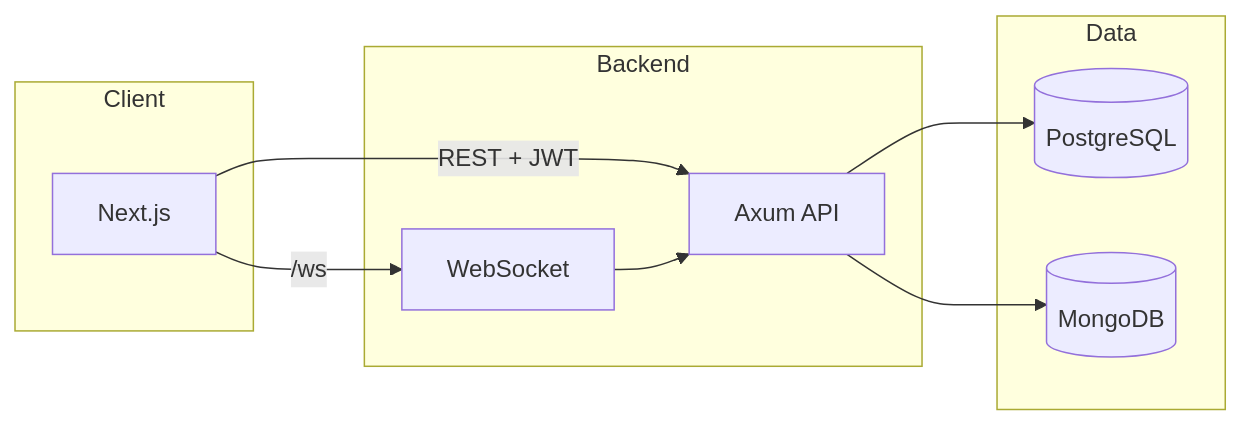
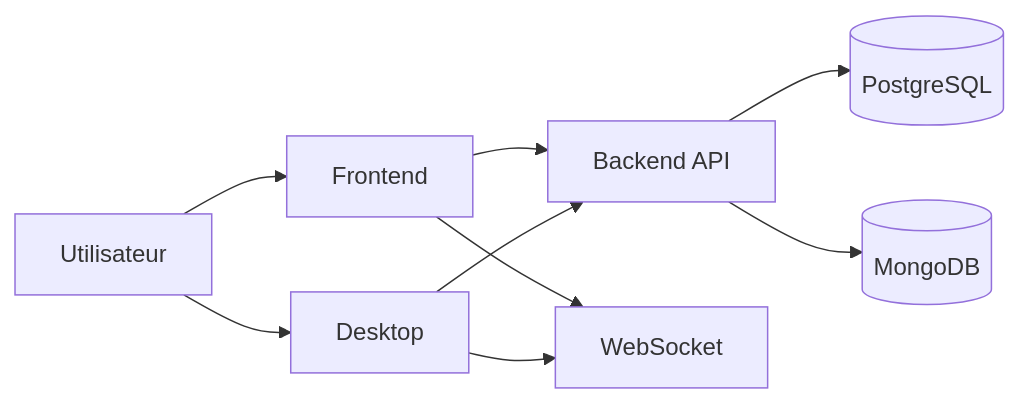
The first of 4 diagrams in seminar-rust/Days_71_95/solutions_days71_95/hello-world/README.md (RomeoCavazza/piscine-epitech), drawn with Mermaid before and after one commit. The commit also changed other lines of this file and 172 other files, not shown here.

````diff
--- a/seminar-rust/Days_71_95/solutions_days71_95/hello-world/README.md
+++ b/seminar-rust/Days_71_95/solutions_days71_95/hello-world/README.md
@@ -81,19 +252,16 @@
 ```mermaid
 flowchart LR
-    subgraph client["Client"]
-        Browser[Next.js]
-    end
-    subgraph backend["Backend"]
-        API[Axum API]
-        WS[WebSocket]
-    end
-    subgraph data["Data"]
-        PG[(PostgreSQL)]
-        Mongo[(MongoDB)]
-    end
-    Browser -->|REST + JWT| API
-    Browser -->|/ws| WS
-    API --> PG
-    API --> Mongo
-    WS --> API
+    User[Utilisateur]
+    Web[Frontend]
+    Desktop[Desktop]
+    API[Backend API]
+    WS[WebSocket]
+    PG[(PostgreSQL)]
+    MG[(MongoDB)]
+
+    User --> Web
+    User --> Desktop
+    Web & Desktop --> API
+    Web & Desktop --> WS
+    API --> PG & MG
 ```
````
